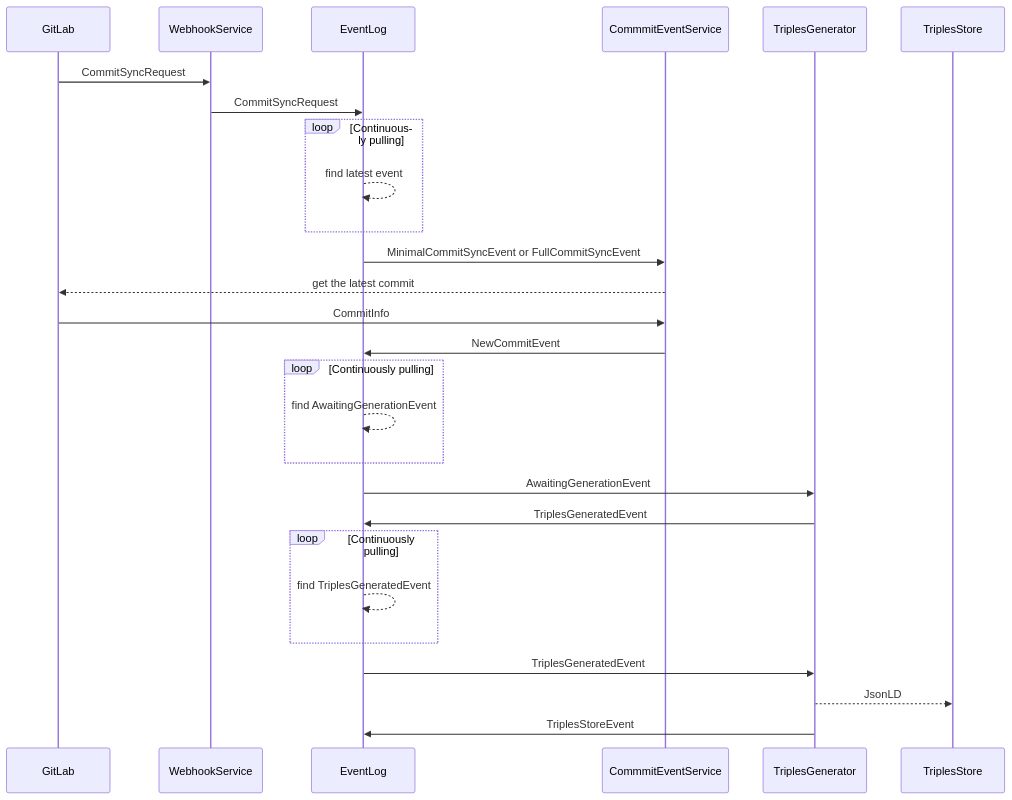
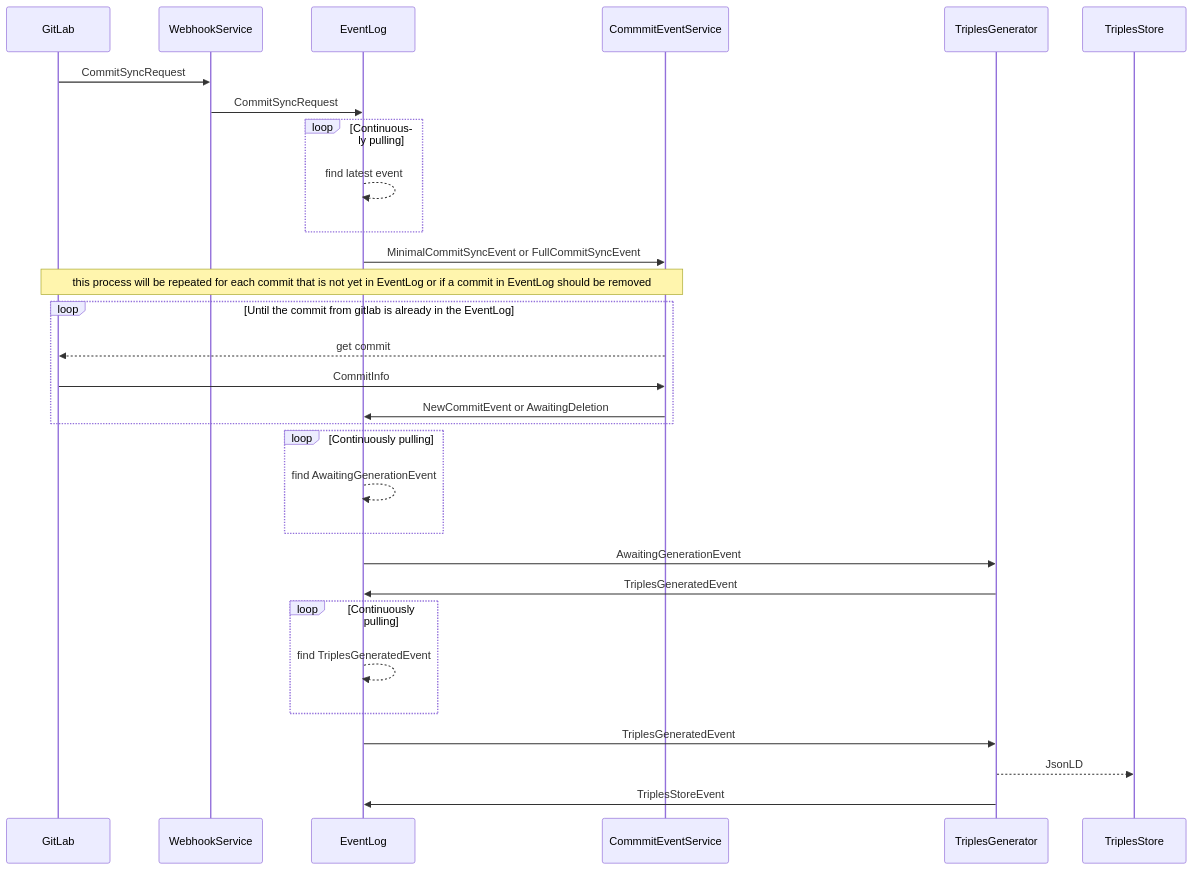
Before and after one commit to SwissDataScienceCenter/renku-graph: the first of 2 diagrams in README.md, drawn with Mermaid.

Commit message:
docs : added details on CommitSyncEvent process

````diff
--- a/README.md
+++ b/README.md
@@ -51,29 +51,32 @@
 ```mermaid
 sequenceDiagram
     participant GitLab
     participant WebhookService
     participant EventLog
     participant CommmitEventService
     participant TriplesGenerator
     participant TriplesStore
     GitLab ->>WebhookService: CommitSyncRequest
     WebhookService ->>EventLog: CommitSyncRequest 
     loop Continuously pulling
     EventLog -->>EventLog: find latest event 
     end
     EventLog ->>CommmitEventService: MinimalCommitSyncEvent or FullCommitSyncEvent
-    CommmitEventService -->>GitLab: get the latest commit
+    Note over CommmitEventService, GitLab: this process will be repeated for each commit that is not yet in EventLog or if a commit in EventLog should be removed
+    loop Until the commit from gitlab is already in the EventLog
+    CommmitEventService -->>GitLab: get commit
     GitLab ->>CommmitEventService: CommitInfo
-    CommmitEventService ->>EventLog: NewCommitEvent
+    CommmitEventService ->>EventLog: NewCommitEvent or AwaitingDeletion
+    end
     loop Continuously pulling
     EventLog -->>EventLog: find AwaitingGenerationEvent
     end
     EventLog ->>TriplesGenerator: AwaitingGenerationEvent
     TriplesGenerator ->>EventLog: TriplesGeneratedEvent
     loop Continuously pulling
     EventLog -->>EventLog: find TriplesGeneratedEvent
     end
     EventLog ->>TriplesGenerator: TriplesGeneratedEvent
     TriplesGenerator -->>TriplesStore: JsonLD
     TriplesGenerator ->>EventLog: TriplesStoreEvent
 ```
````
